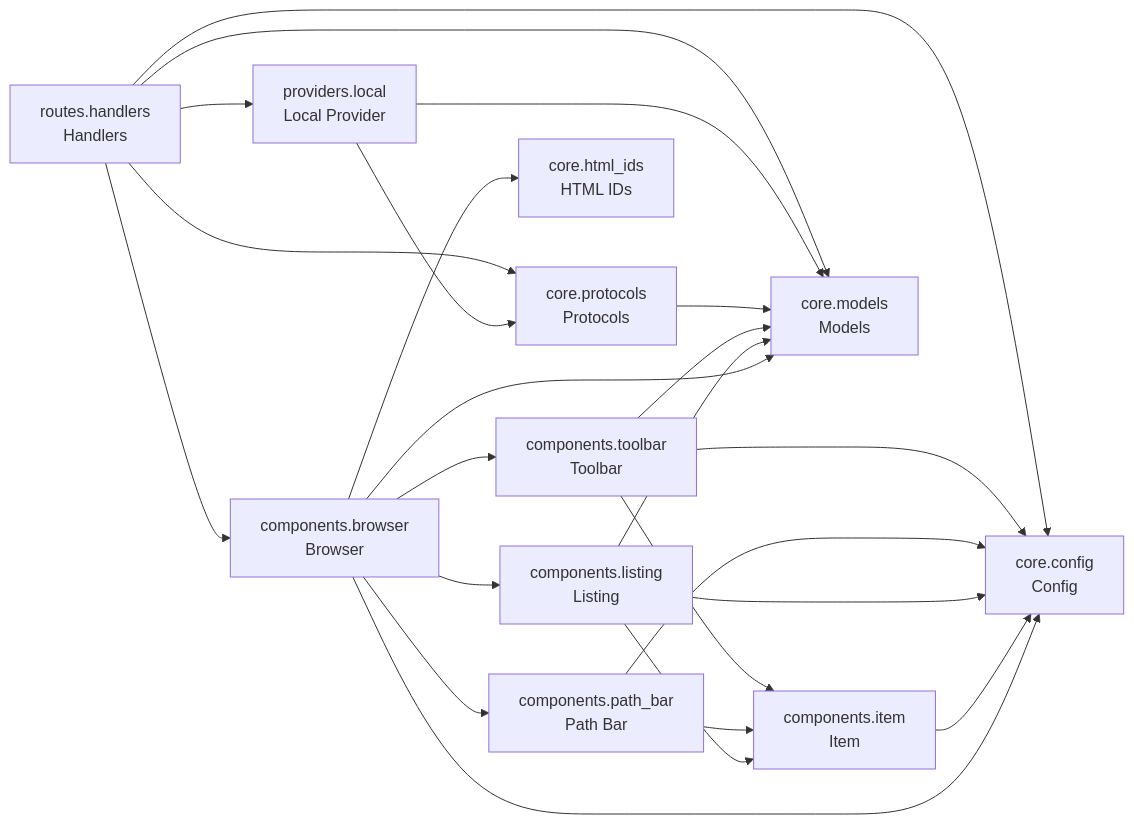
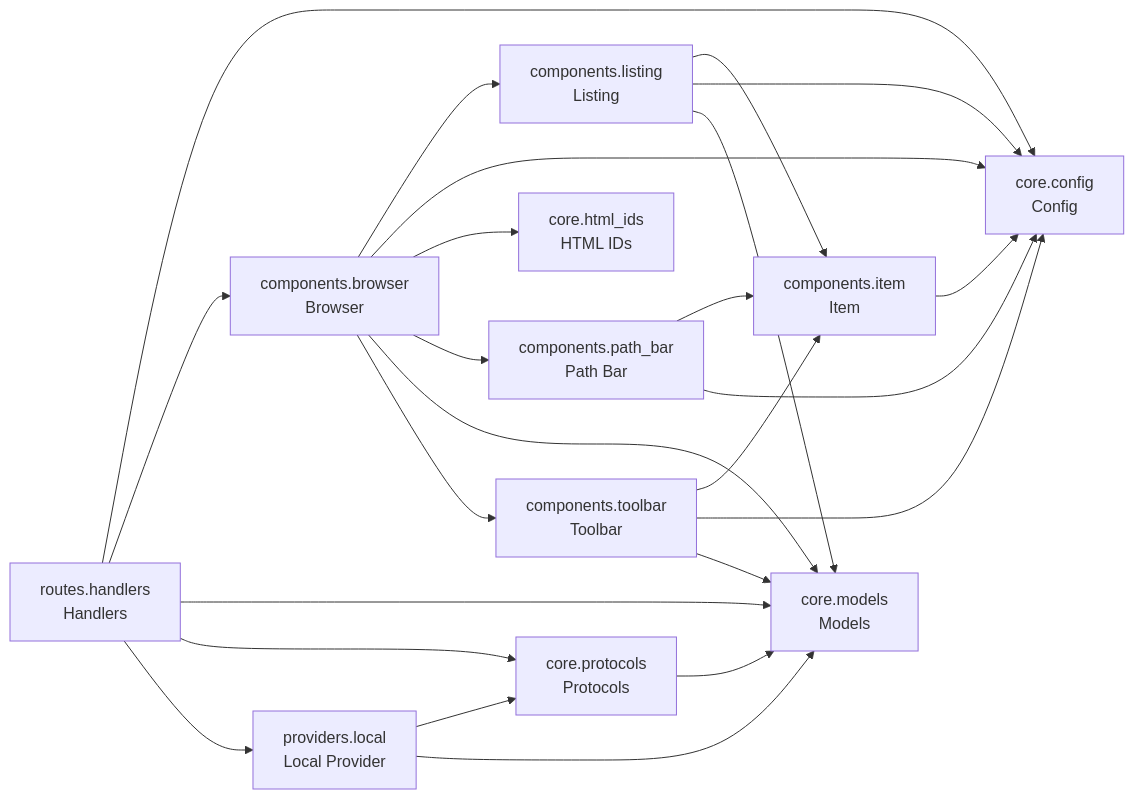
The diagram in README.md (cj-mills/cjm-fasthtml-file-browser), drawn with Mermaid before and after one commit. The commit also changed other lines of this file and 3 other files, not shown here.

````diff
--- a/README.md
+++ b/README.md
@@ -35,38 +35,38 @@
 ``` mermaid
 graph LR
     components_browser[components.browser<br/>Browser]
     components_item[components.item<br/>Item]
     components_listing[components.listing<br/>Listing]
     components_path_bar[components.path_bar<br/>Path Bar]
     components_toolbar[components.toolbar<br/>Toolbar]
     core_config[core.config<br/>Config]
     core_html_ids[core.html_ids<br/>HTML IDs]
     core_models[core.models<br/>Models]
     core_protocols[core.protocols<br/>Protocols]
     providers_local[providers.local<br/>Local Provider]
     routes_handlers[routes.handlers<br/>Handlers]
 
     components_browser --> components_listing
+    components_browser --> core_config
     components_browser --> core_html_ids
+    components_browser --> components_path_bar
     components_browser --> core_models
-    components_browser --> components_path_bar
-    components_browser --> core_config
     components_browser --> components_toolbar
     components_item --> core_config
+    components_listing --> components_item
+    components_listing --> core_config
     components_listing --> core_models
-    components_listing --> core_config
-    components_listing --> components_item
     components_path_bar --> components_item
     components_path_bar --> core_config
-    components_toolbar --> core_models
     components_toolbar --> components_item
     components_toolbar --> core_config
+    components_toolbar --> core_models
     core_protocols --> core_models
     providers_local --> core_protocols
     providers_local --> core_models
+    routes_handlers --> core_config
+    routes_handlers --> components_browser
     routes_handlers --> core_models
-    routes_handlers --> components_browser
-    routes_handlers --> core_config
+    routes_handlers --> core_protocols
     routes_handlers --> providers_local
-    routes_handlers --> core_protocols
 ```
````
